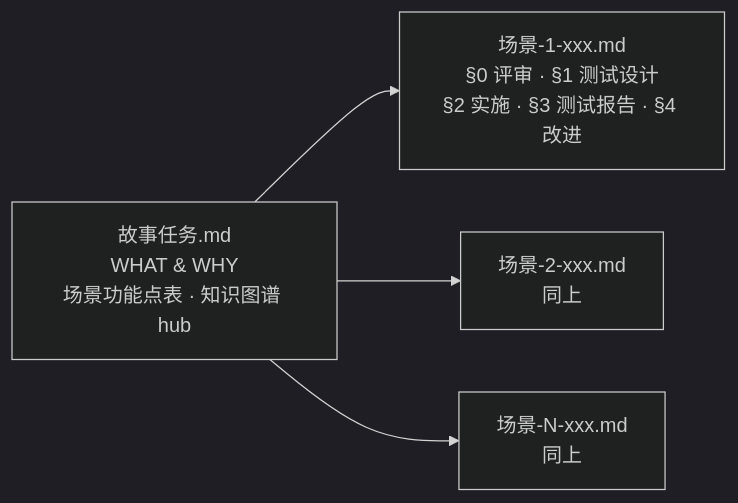
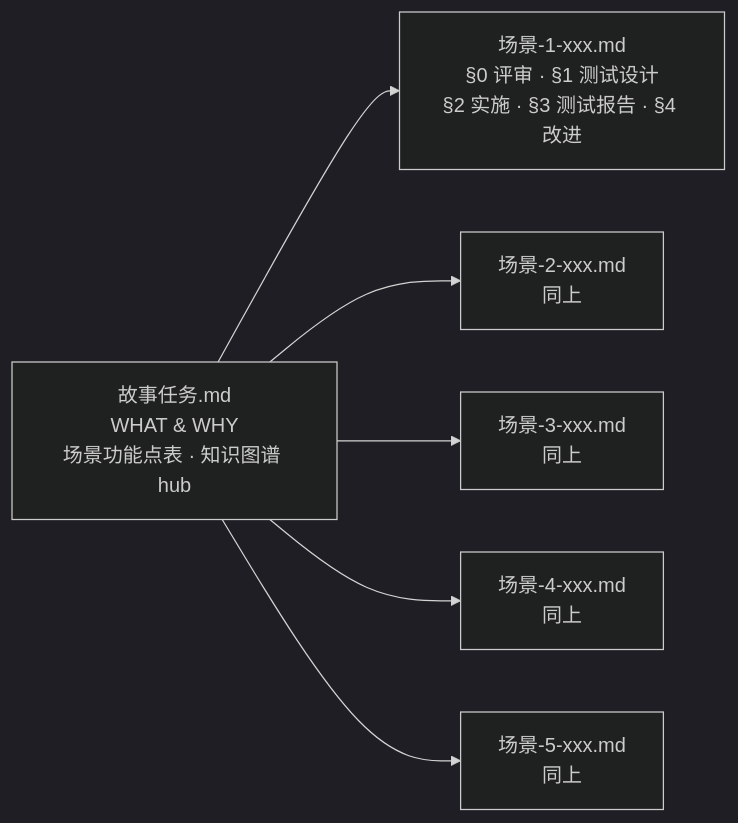
One commit to effiy/YrY changed the third of 4 diagrams in rules/doc-generation.md. Above: the diagram before and after it, drawn with Mermaid (dark theme). The commit also changed other lines of this file and 24 other files, not shown here.

````diff
--- a/rules/doc-generation.md
+++ b/rules/doc-generation.md
@@ -125,6 +241,8 @@
 ```mermaid
 flowchart LR
     ST["故事任务.md<br/>WHAT & WHY<br/>场景功能点表 · 知识图谱 hub"]:::baseline --> S1["场景-1-xxx.md<br/>§0 评审 · §1 测试设计<br/>§2 实施 · §3 测试报告 · §4 改进"]:::scene
     ST --> S2["场景-2-xxx.md<br/>同上"]:::scene
-    ST --> SN["场景-N-xxx.md<br/>同上"]:::scene
+    ST --> S3["场景-3-xxx.md<br/>同上"]:::scene
+    ST --> S4["场景-4-xxx.md<br/>同上"]:::scene
+    ST --> S5["场景-5-xxx.md<br/>同上"]:::scene
 ```
````
